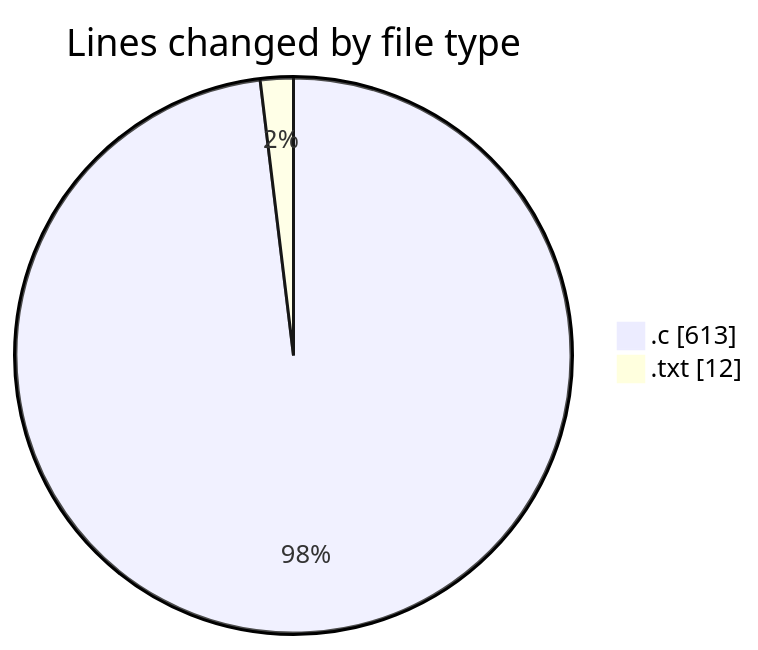
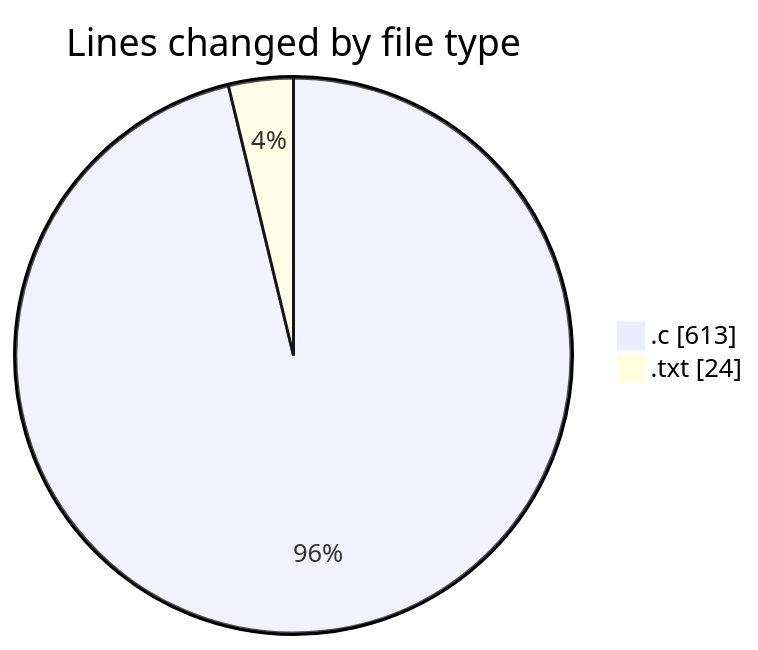
One commit to Ritupan-Deka/code-tracking changed the first of 2 diagrams in 2025-01-26/search/README.md. Above: the diagram before and after it, drawn with Mermaid. The commit also changed other lines of this file and 1 other file, not shown here.

````diff
--- a/2025-01-26/search/README.md
+++ b/2025-01-26/search/README.md
@@ -22,6 +22,6 @@
 ```mermaid
 pie showData
 title Lines changed by file type
 ".c" : 613
-".txt" : 12
+".txt" : 24
 ```
````
